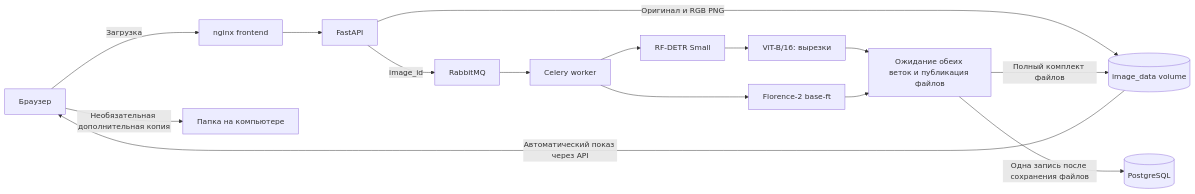
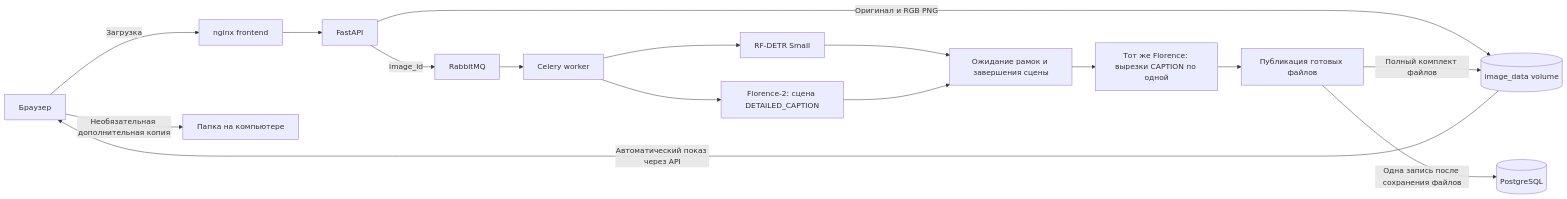
One commit to mishanikin055/kurs4 changed the diagram in PROJECT_PLAN.md. Above: the diagram before and after it, drawn with Mermaid. The commit also changed other lines of this file and 18 other files, not shown here.

Commit message:
Заменить ViT общим Florence для описания сцены и вырезок

````diff
--- a/PROJECT_PLAN.md
+++ b/PROJECT_PLAN.md
@@ -8,17 +8,18 @@
 ```mermaid
 flowchart LR
     U[Браузер] -->|Загрузка| F[nginx frontend]
     F --> API[FastAPI]
     API -->|Оригинал и RGB PNG| V[(image_data volume)]
     API -->|image_id| Q[RabbitMQ]
     Q --> W[Celery worker]
     W --> D[RF-DETR Small]
-    D --> C[ViT-B/16: вырезки]
-    W --> A[Florence-2 base-ft]
-    C --> R[Ожидание обеих веток и публикация файлов]
-    A --> R
+    W --> A[Florence-2: сцена DETAILED_CAPTION]
+    D --> C[Ожидание рамок и завершения сцены]
+    A --> C
+    C --> O[Тот же Florence: вырезки CAPTION по одной]
+    O --> R[Публикация готовых файлов]
     R -->|Полный комплект файлов| V
     R -->|Одна запись после сохранения файлов| DB[(PostgreSQL)]
     V -->|Автоматический показ через API| U
     U -->|Необязательная дополнительная копия| L[Папка на компьютере]
 ```
````
